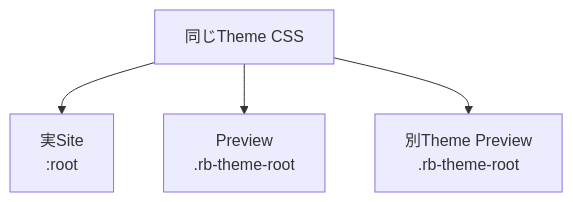
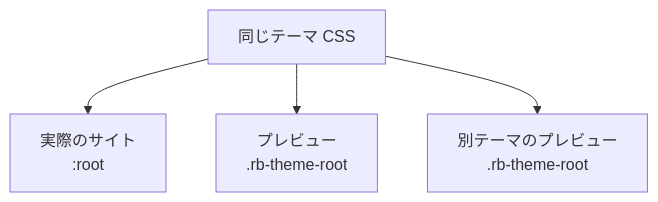
One commit to Rerurate514/riebeckite changed the diagram in docs/docs/framework/theme-system/theme-root.ja.md. Above: the diagram before and after it, drawn with Mermaid. The commit also changed other lines of this file and 310 other files, not shown here.

````diff
--- a/docs/docs/framework/theme-system/theme-root.ja.md
+++ b/docs/docs/framework/theme-system/theme-root.ja.md
@@ -71,8 +57,8 @@
 ```mermaid id="5jjg45"
 flowchart TD
-    CSS["同じTheme CSS"]
+    CSS["同じテーマ CSS"]
 
-    CSS --> Site["実Site<br/>:root"]
-    CSS --> PreviewA["Preview<br/>.rb-theme-root"]
-    CSS --> PreviewB["別Theme Preview<br/>.rb-theme-root"]
+    CSS --> Site["実際のサイト<br/>:root"]
+    CSS --> PreviewA["プレビュー<br/>.rb-theme-root"]
+    CSS --> PreviewB["別テーマのプレビュー<br/>.rb-theme-root"]
 ```
````
